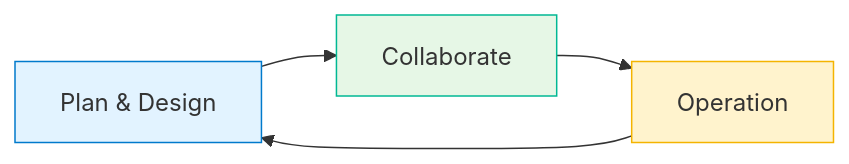
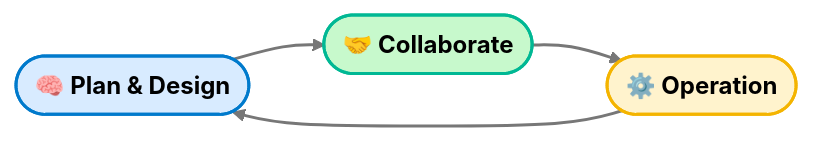
Before and after one commit to adamSShi/Spec4Me: the diagram in docs/AI協作思考框架.md, drawn with Mermaid.

````diff
--- a/docs/AI協作思考框架.md
+++ b/docs/AI協作思考框架.md
@@ -22,9 +22,14 @@
 ```mermaid
 flowchart LR
-  A[Plan & Design] --> B[Collaborate]
-  B --> C[Operation]
+  A([🧠 Plan & Design]) --> B([🤝 Collaborate])
+  B --> C([⚙️ Operation])
   C --> A
-  style A fill:#e2f3ff,stroke:#007acc
-  style B fill:#e6f7e6,stroke:#00b894
-  style C fill:#fff3cd,stroke:#f4b400
+
+  %% --- Node Style ---
+  style A fill:#d8ebff,stroke:#007acc,stroke-width:2px,color:#000,font-weight:bold
+  style B fill:#c7f9cc,stroke:#00b894,stroke-width:2px,color:#000,font-weight:bold
+  style C fill:#fff3cd,stroke:#f4b400,stroke-width:2px,color:#000,font-weight:bold
+
+  %% --- Link Style ---
+  linkStyle default stroke-width:2px,stroke:#777
 ```
````
